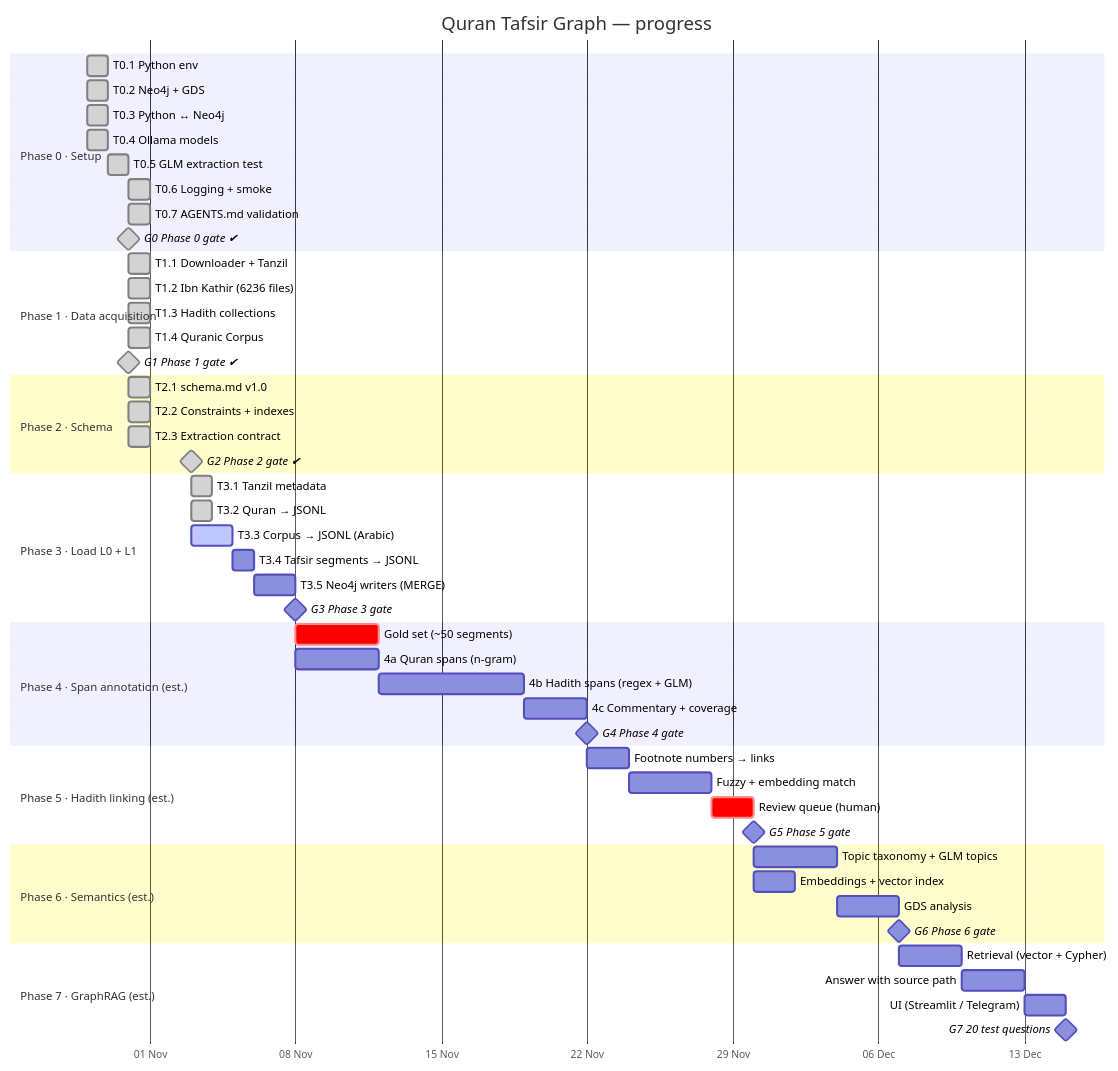
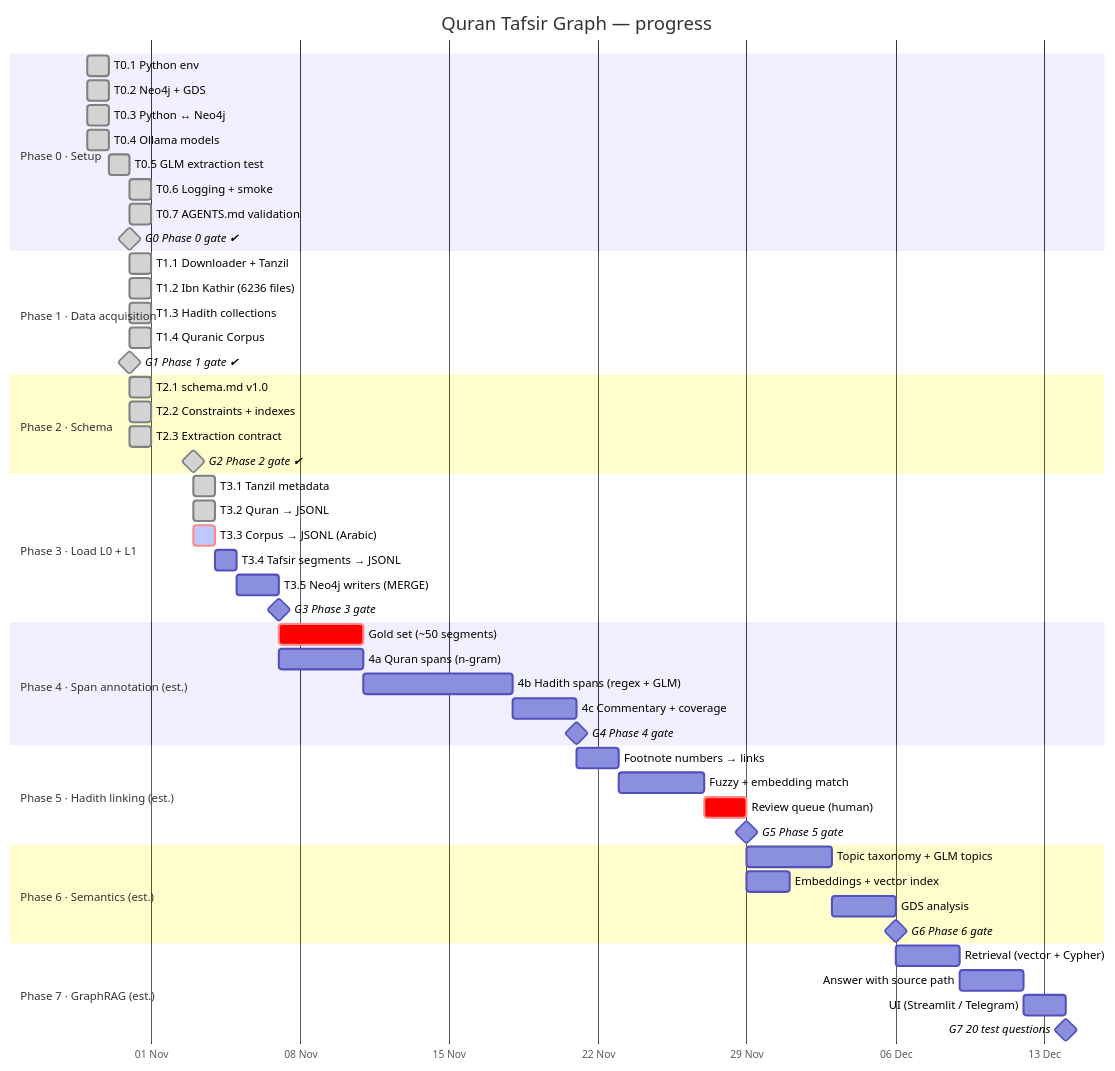
Before and after one commit to mohamed-soubhi/quran-graph: the diagram in docs/GANTT.md, drawn with Mermaid. The commit also changed other lines of this file and 4 other files, not shown here.

````diff
--- a/docs/GANTT.md
+++ b/docs/GANTT.md
@@ -9,63 +9,63 @@
 ```mermaid
 gantt
     title Quran Tafsir Graph — progress
     dateFormat YYYY-MM-DD
     axisFormat %d %b
     todayMarker stroke-width:3px,stroke:#d33
 
     section Phase 0 · Setup
     T0.1 Python env                 :done, t01, 2026-10-29, 1d
     T0.2 Neo4j + GDS                :done, t02, 2026-10-29, 1d
     T0.3 Python ↔ Neo4j             :done, t03, 2026-10-29, 1d
     T0.4 Ollama models              :done, t04, 2026-10-29, 1d
     T0.5 GLM extraction test        :done, t05, 2026-10-30, 1d
     T0.6 Logging + smoke            :done, t06, 2026-10-31, 1d
     T0.7 AGENTS.md validation       :done, t07, 2026-10-31, 1d
     G0 Phase 0 gate ✔               :milestone, done, g0, 2026-10-31, 0d
 
     section Phase 1 · Data acquisition
     T1.1 Downloader + Tanzil        :done, t11, 2026-10-31, 1d
     T1.2 Ibn Kathir (6236 files)    :done, t12, 2026-10-31, 1d
     T1.3 Hadith collections         :done, t13, 2026-10-31, 1d
     T1.4 Quranic Corpus            :done, t14, 2026-10-31, 1d
     G1 Phase 1 gate ✔               :milestone, done, g1, 2026-10-31, 0d
 
     section Phase 2 · Schema
     T2.1 schema.md v1.0            :done, t21, 2026-10-31, 1d
     T2.2 Constraints + indexes      :done, t22, 2026-10-31, 1d
     T2.3 Extraction contract        :done, t23, 2026-10-31, 1d
     G2 Phase 2 gate ✔               :milestone, done, g2, 2026-11-03, 0d
 
     section Phase 3 · Load L0 + L1
     T3.1 Tanzil metadata            :done, t31, 2026-11-03, 1d
     T3.2 Quran → JSONL              :done, t32, 2026-11-03, 1d
-    T3.3 Corpus → JSONL (Arabic)    :active, t33, 2026-11-03, 2d
+    T3.3 Corpus → JSONL (Arabic)    :crit, active, t33, 2026-11-03, 1d
     T3.4 Tafsir segments → JSONL    :t34, after t33, 1d
     T3.5 Neo4j writers (MERGE)      :p3b, after t34, 2d
     G3 Phase 3 gate                 :milestone, g3, after p3b, 0d
 
     section Phase 4 · Span annotation (est.)
     Gold set (~50 segments)         :crit, p4g, after g3, 4d
     4a Quran spans (n-gram)         :p4a, after g3, 4d
     4b Hadith spans (regex + GLM)   :p4b, after p4a, 7d
     4c Commentary + coverage        :p4c, after p4b, 3d
     G4 Phase 4 gate                 :milestone, g4, after p4c, 0d
 
     section Phase 5 · Hadith linking (est.)
     Footnote numbers → links        :p5a, after g4, 2d
     Fuzzy + embedding match         :p5b, after p5a, 4d
     Review queue (human)            :crit, p5c, after p5b, 2d
     G5 Phase 5 gate                 :milestone, g5, after p5c, 0d
 
     section Phase 6 · Semantics (est.)
     Topic taxonomy + GLM topics     :p6a, after g5, 4d
     Embeddings + vector index       :p6b, after g5, 2d
     GDS analysis                    :p6c, after p6a, 3d
     G6 Phase 6 gate                 :milestone, g6, after p6c, 0d
 
     section Phase 7 · GraphRAG (est.)
     Retrieval (vector + Cypher)     :p7a, after g6, 3d
     Answer with source path         :p7b, after p7a, 3d
     UI (Streamlit / Telegram)       :p7c, after p7b, 2d
     G7 20 test questions            :milestone, g7, after p7c, 0d
 ```
````
